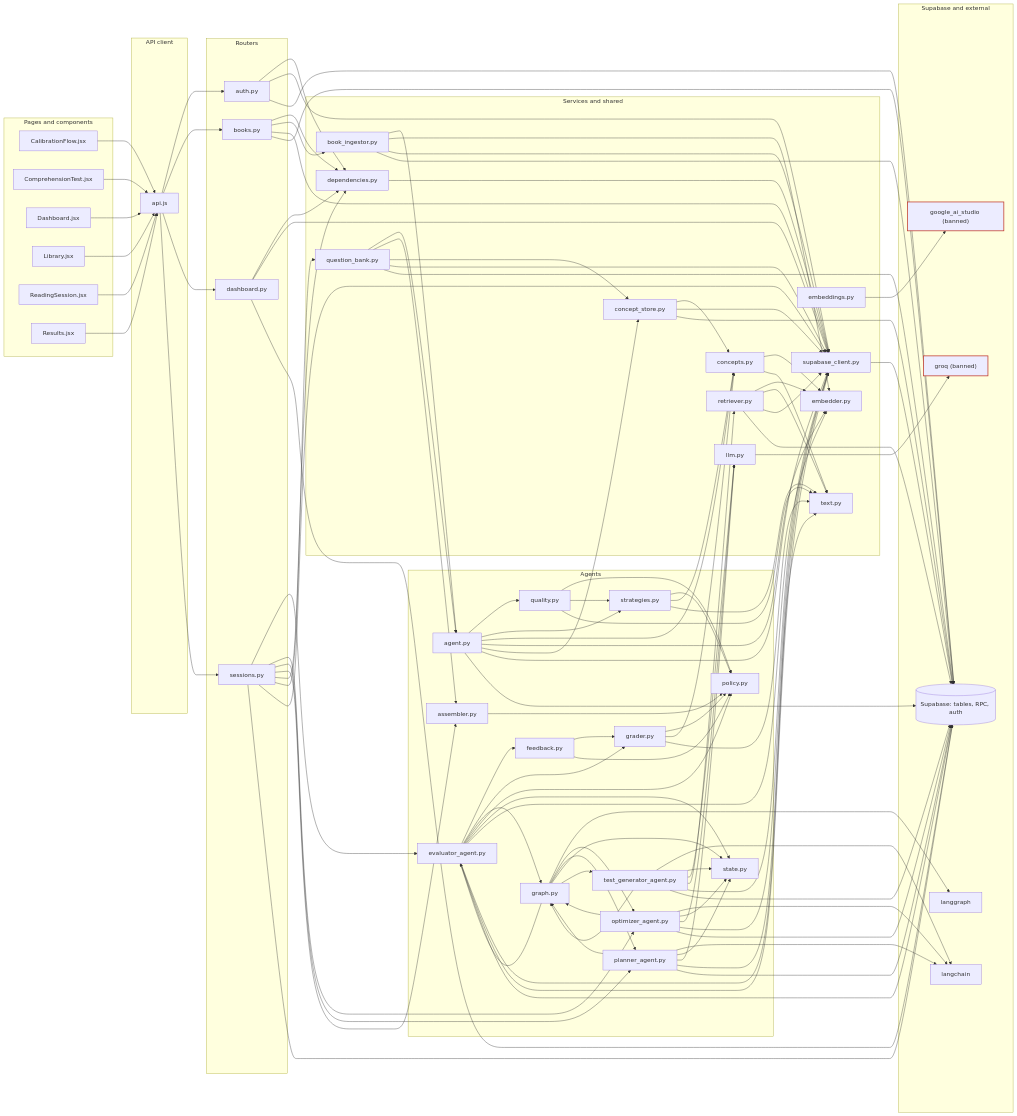
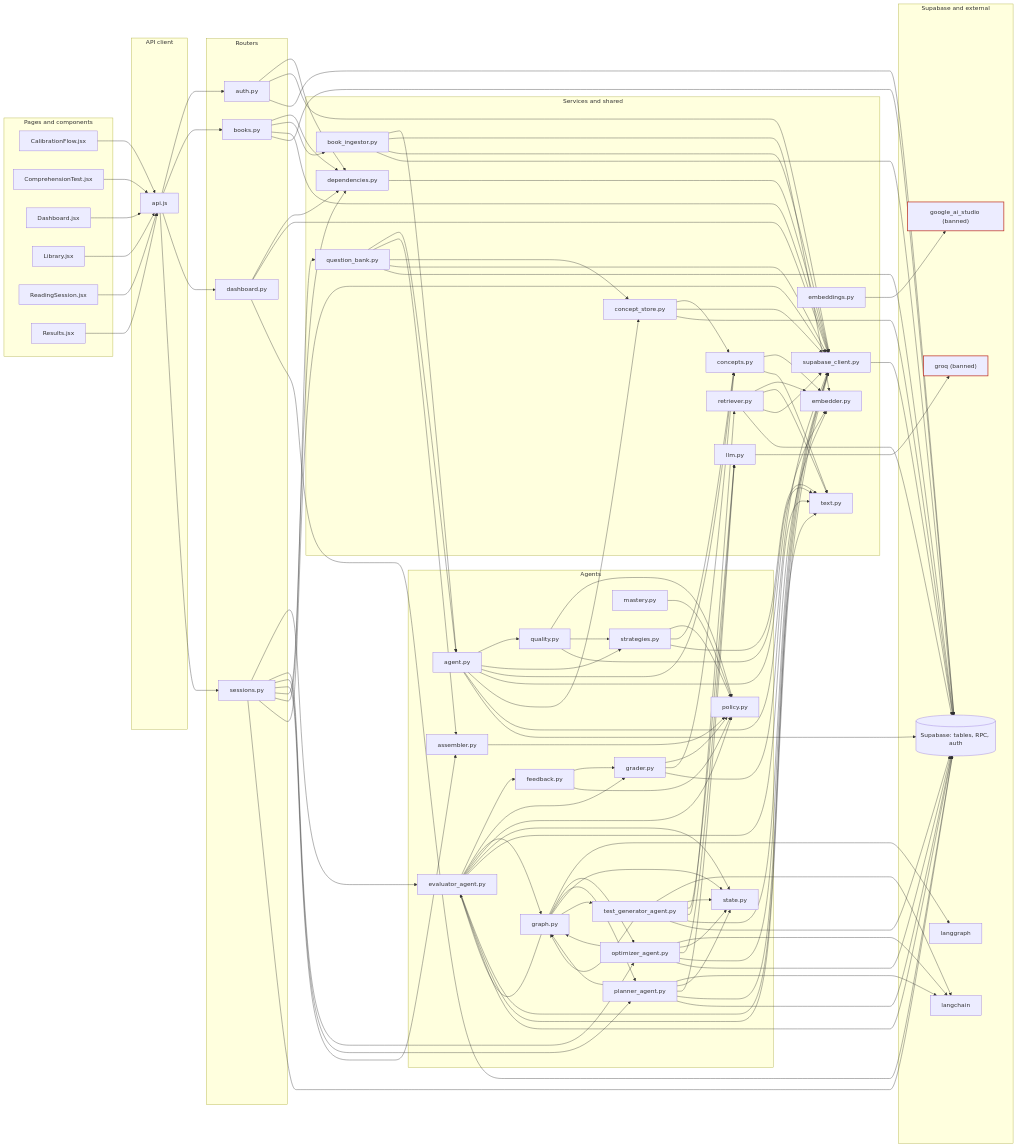
The first of 2 diagrams in docs/repo-graph/REPO_MAP.md (asparagusD/readfocus), drawn with Mermaid before and after one commit. The commit also changed other lines of this file and 9 other files, not shown here.

First line of the commit message:
feat(agents): add knowledge state mastery update

```diff
--- a/docs/repo-graph/REPO_MAP.md
+++ b/docs/repo-graph/REPO_MAP.md
@@ -34,6 +34,7 @@
     file_backend_agents_evaluation_grader_py["grader.py"]
     file_backend_agents_evaluator_agent_py["evaluator_agent.py"]
     file_backend_agents_graph_py["graph.py"]
+    file_backend_agents_knowledge_state_mastery_py["mastery.py"]
     file_backend_agents_optimizer_agent_py["optimizer_agent.py"]
     file_backend_agents_planner_agent_py["planner_agent.py"]
     file_backend_agents_policy_py["policy.py"]
@@ -84,6 +85,7 @@
   file_backend_agents_graph_py --> file_backend_agents_planner_agent_py
   file_backend_agents_graph_py --> file_backend_agents_state_py
   file_backend_agents_graph_py --> file_backend_agents_test_generator_agent_py
+  file_backend_agents_knowledge_state_mastery_py --> file_backend_agents_policy_py
   file_backend_agents_optimizer_agent_py --> external_langchain
   file_backend_agents_optimizer_agent_py --> file_backend_agents_graph_py
   file_backend_agents_optimizer_agent_py --> file_backend_agents_state_py
```
